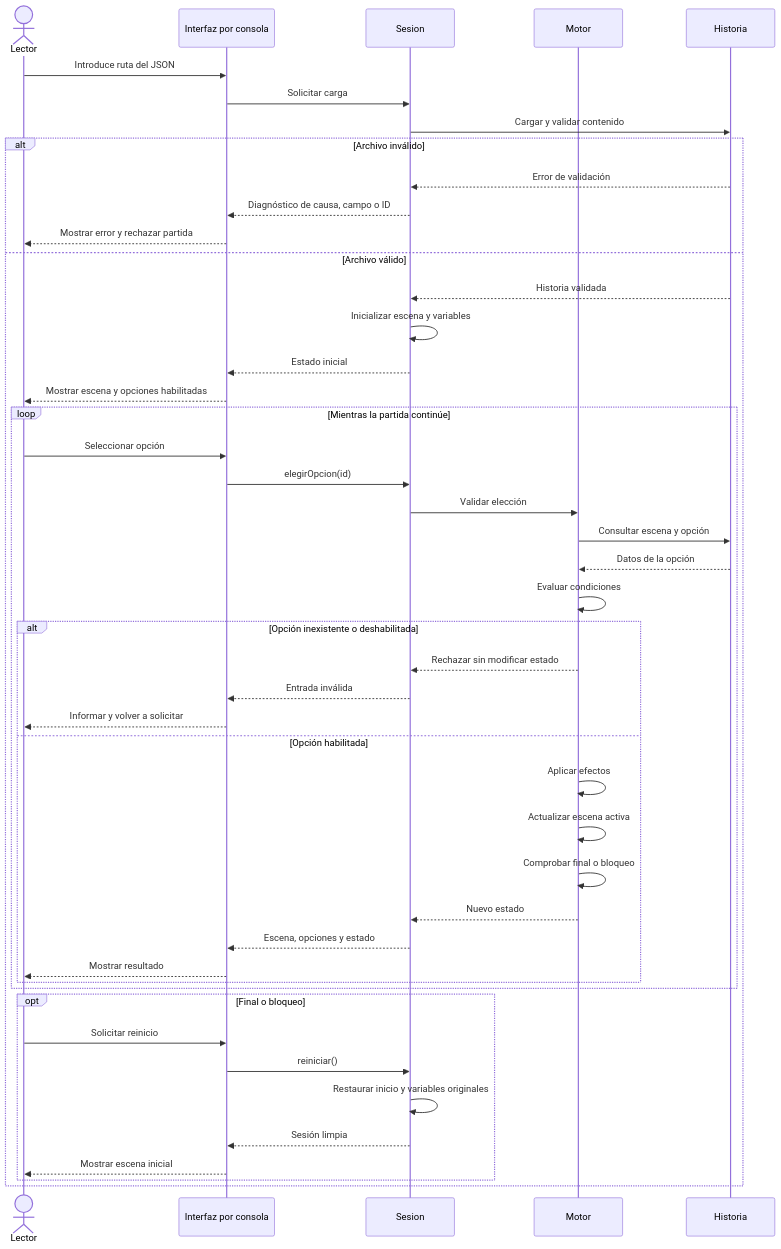
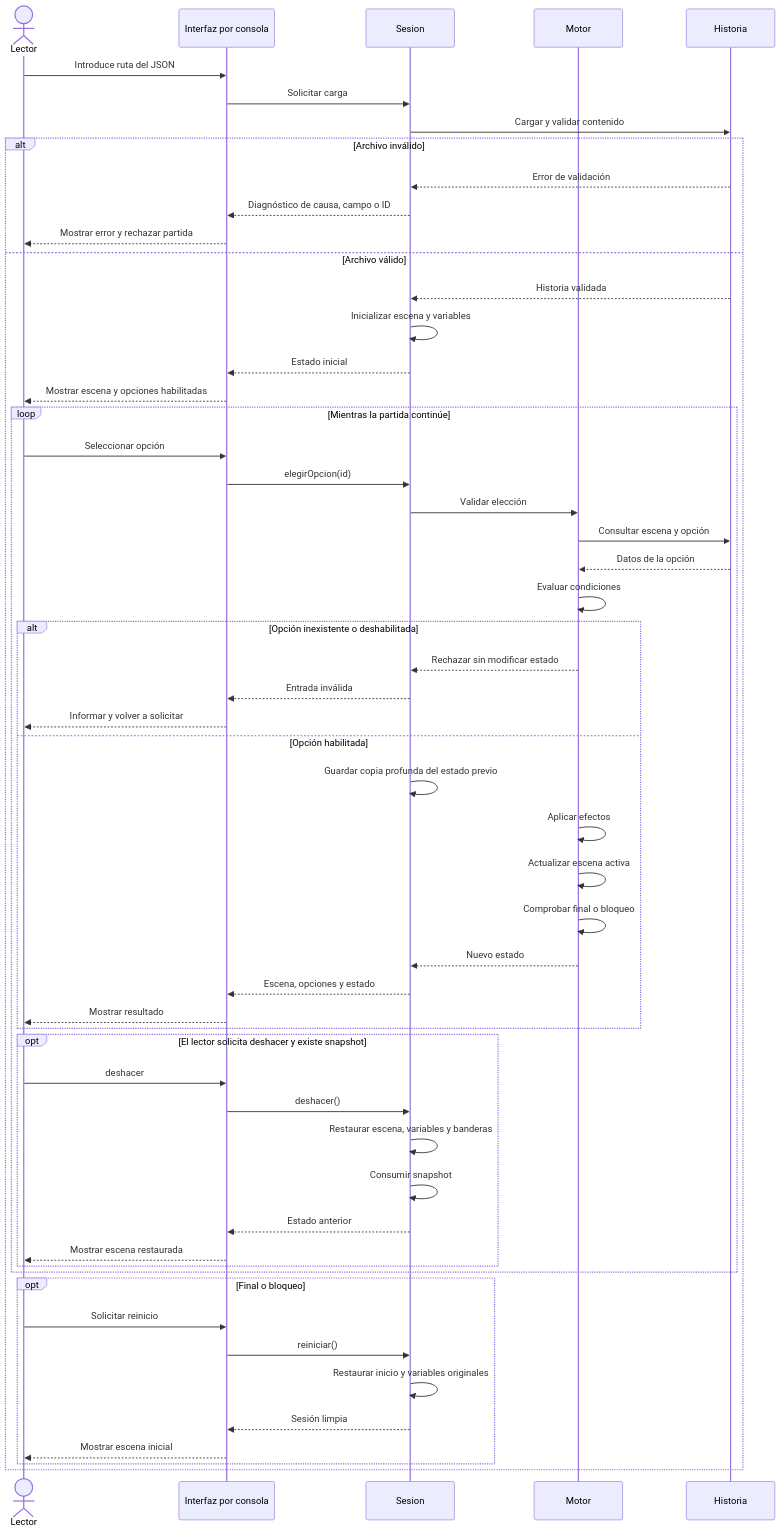
Before and after one commit to Zulianys-O-Ch/Parcial_OrozcoZulianys_HernandezJuan: the fourth of 5 diagrams in documentacion/Anexo/diagramas/diagramas.md, drawn with Mermaid. The commit also changed other lines of this file and 14 other files, not shown here.

````diff
--- a/documentacion/Anexo/diagramas/diagramas.md
+++ b/documentacion/Anexo/diagramas/diagramas.md
@@ -162,54 +167,64 @@
 ```mermaid
 
 sequenceDiagram
     actor L as Lector
     participant UI as Interfaz por consola
     participant S as Sesion
     participant M as Motor
     participant H as Historia
 
     L->>UI: Introduce ruta del JSON
     UI->>S: Solicitar carga
     S->>H: Cargar y validar contenido
 
     alt Archivo inválido
         H-->>S: Error de validación
         S-->>UI: Diagnóstico de causa, campo o ID
         UI-->>L: Mostrar error y rechazar partida
     else Archivo válido
         H-->>S: Historia validada
         S->>S: Inicializar escena y variables
         S-->>UI: Estado inicial
         UI-->>L: Mostrar escena y opciones habilitadas
 
         loop Mientras la partida continúe
             L->>UI: Seleccionar opción
             UI->>S: elegirOpcion(id)
             S->>M: Validar elección
             M->>H: Consultar escena y opción
             H-->>M: Datos de la opción
             M->>M: Evaluar condiciones
 
             alt Opción inexistente o deshabilitada
                 M-->>S: Rechazar sin modificar estado
                 S-->>UI: Entrada inválida
                 UI-->>L: Informar y volver a solicitar
             else Opción habilitada
+                S->>S: Guardar copia profunda del estado previo
                 M->>M: Aplicar efectos
                 M->>M: Actualizar escena activa
                 M->>M: Comprobar final o bloqueo
                 M-->>S: Nuevo estado
                 S-->>UI: Escena, opciones y estado
                 UI-->>L: Mostrar resultado
+            end
+
+            opt El lector solicita deshacer y existe snapshot
+                L->>UI: deshacer
+                UI->>S: deshacer()
+                S->>S: Restaurar escena, variables y banderas
+                S->>S: Consumir snapshot
+                S-->>UI: Estado anterior
+                UI-->>L: Mostrar escena restaurada
             end
         end
 
         opt Final o bloqueo
             L->>UI: Solicitar reinicio
             UI->>S: reiniciar()
             S->>S: Restaurar inicio y variables originales
             S-->>UI: Sesión limpia
             UI-->>L: Mostrar escena inicial
         end
     end
 ```
````
